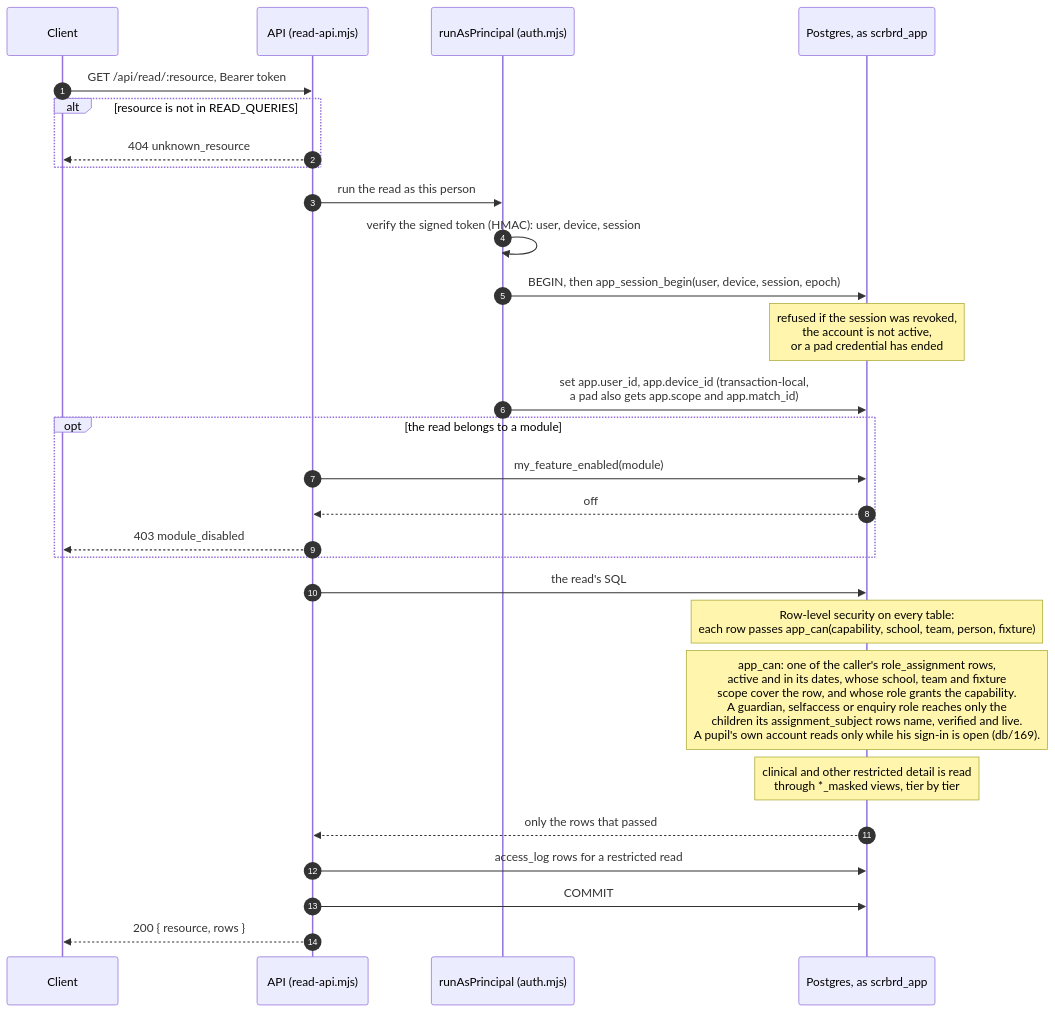
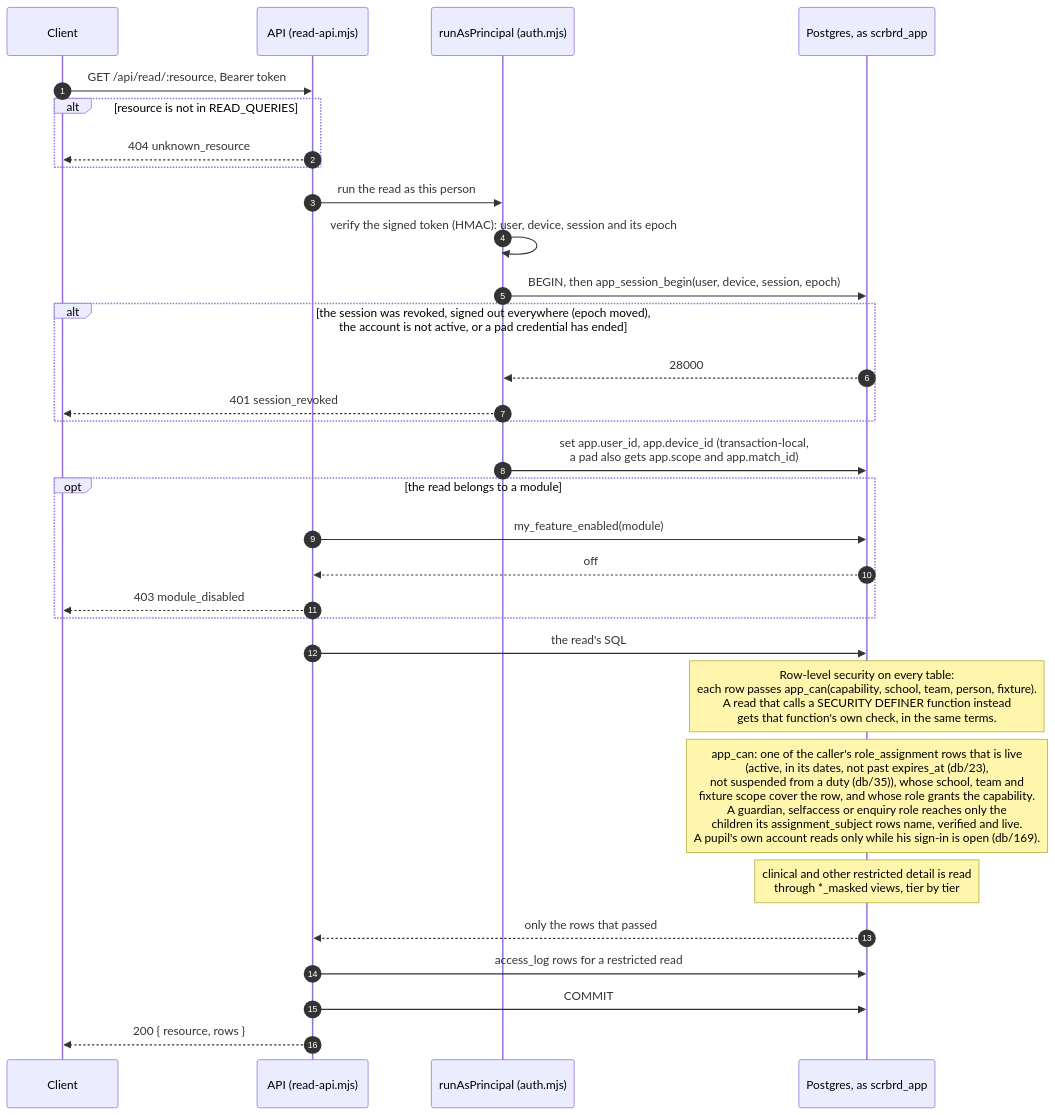
The third of 3 diagrams in docs/architecture/SCRBRD_OS_diagrams.md (iamkameel/SCRBRD_OS), drawn with Mermaid before and after one commit. The commit also changed other lines of this file, not shown here.

Commit message:
Architecture diagrams: the read decision's session refusal (401), the full liveness rule, and definer reads
app_session_begin's 28000 is answered 401 session_revoked, including after
sign-out-everywhere (the epoch); an assignment is live only before
expires_at (db/23) and while no duty suspension is open (db/35); a read
through a SECURITY DEFINER function gets that function's own check.

Claude-Session: https://claude.ai/code/session_017VLf6bU44Pmryt7bf7Wx8f

````diff
--- a/docs/architecture/SCRBRD_OS_diagrams.md
+++ b/docs/architecture/SCRBRD_OS_diagrams.md
@@ -142,30 +142,33 @@
 ```mermaid
 sequenceDiagram
   autonumber
   participant C as Client
   participant A as API (read-api.mjs)
   participant P as runAsPrincipal (auth.mjs)
   participant D as Postgres, as scrbrd_app
   C->>A: GET /api/read/:resource, Bearer token
   alt resource is not in READ_QUERIES
     A-->>C: 404 unknown_resource
   end
   A->>P: run the read as this person
-  P->>P: verify the signed token (HMAC): user, device, session
+  P->>P: verify the signed token (HMAC): user, device, session and its epoch
   P->>D: BEGIN, then app_session_begin(user, device, session, epoch)
-  Note over D: refused if the session was revoked,<br/>the account is not active,<br/>or a pad credential has ended
+  alt the session was revoked, signed out everywhere (epoch moved),<br/>the account is not active, or a pad credential has ended
+    D-->>P: 28000
+    P-->>C: 401 session_revoked
+  end
   P->>D: set app.user_id, app.device_id (transaction-local,<br/>a pad also gets app.scope and app.match_id)
   opt the read belongs to a module
     A->>D: my_feature_enabled(module)
     D-->>A: off
     A-->>C: 403 module_disabled
   end
   A->>D: the read's SQL
-  Note over D: Row-level security on every table:<br/>each row passes app_can(capability, school, team, person, fixture)
-  Note over D: app_can: one of the caller's role_assignment rows,<br/>active and in its dates, whose school, team and fixture<br/>scope cover the row, and whose role grants the capability.<br/>A guardian, selfaccess or enquiry role reaches only the<br/>children its assignment_subject rows name, verified and live.<br/>A pupil's own account reads only while his sign-in is open (db/169).
+  Note over D: Row-level security on every table:<br/>each row passes app_can(capability, school, team, person, fixture).<br/>A read that calls a SECURITY DEFINER function instead<br/>gets that function's own check, in the same terms.
+  Note over D: app_can: one of the caller's role_assignment rows that is live<br/>(active, in its dates, not past expires_at (db/23),<br/>not suspended from a duty (db/35)), whose school, team and<br/>fixture scope cover the row, and whose role grants the capability.<br/>A guardian, selfaccess or enquiry role reaches only the<br/>children its assignment_subject rows name, verified and live.<br/>A pupil's own account reads only while his sign-in is open (db/169).
   Note over D: clinical and other restricted detail is read<br/>through *_masked views, tier by tier
   D-->>A: only the rows that passed
   A->>D: access_log rows for a restricted read
   A->>D: COMMIT
   A-->>C: 200 { resource, rows }
 ```
````
